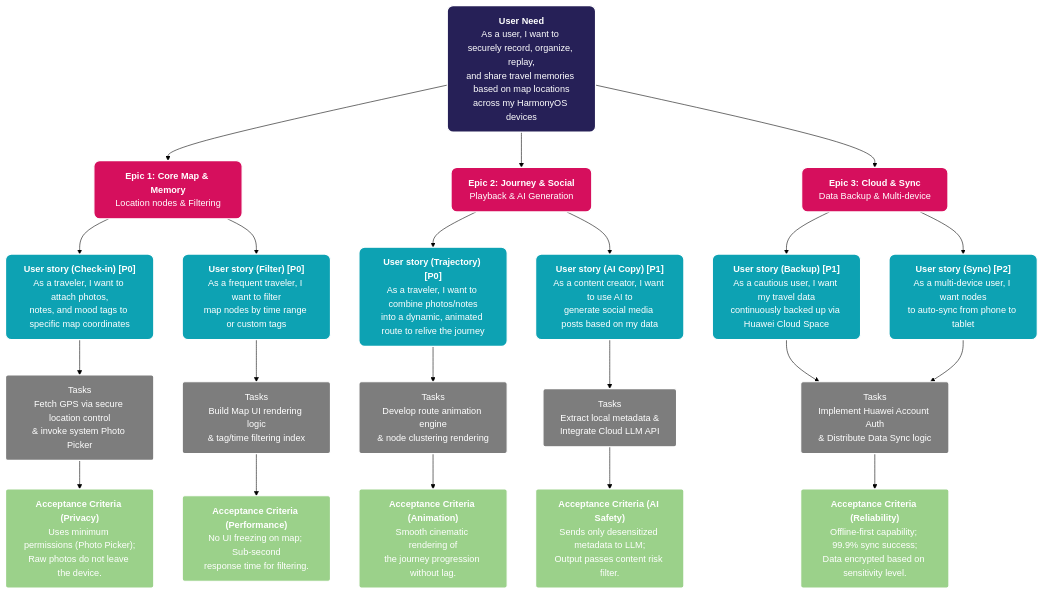
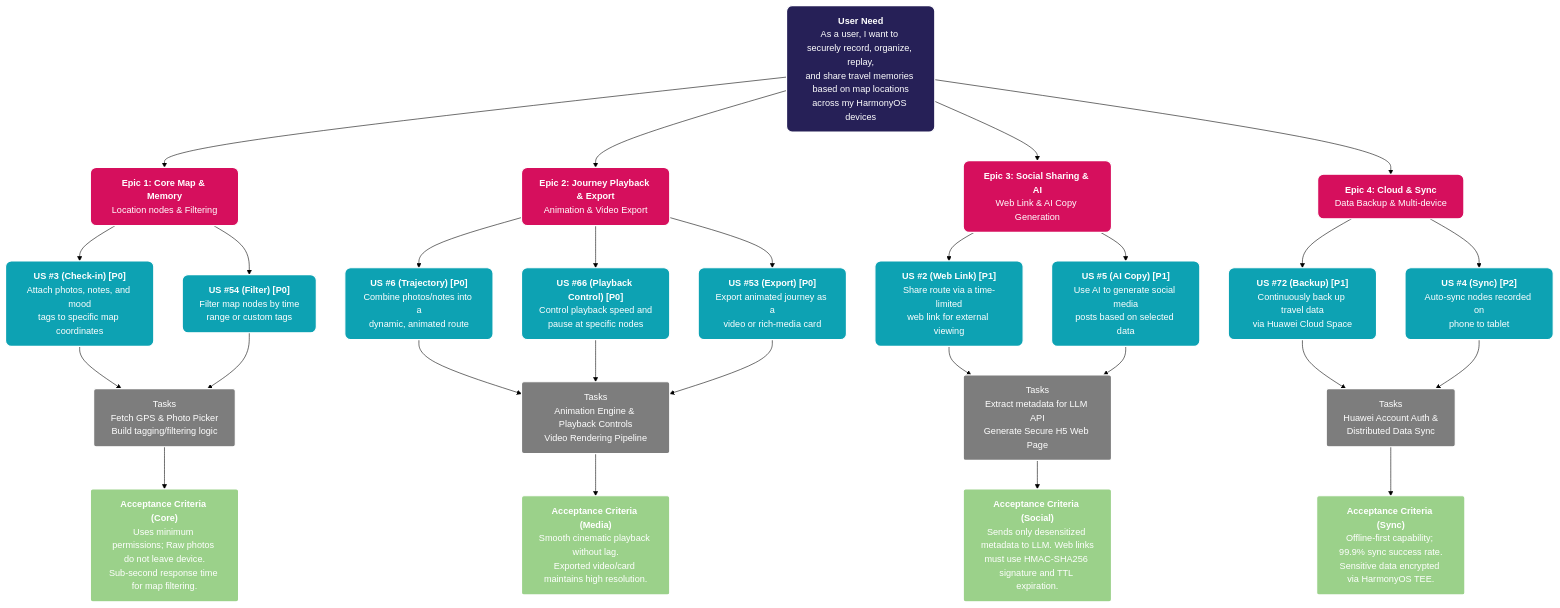
The diagram in structure/user_story_map.md (sustech-cs304/team-project-26spring-26s-7), drawn with Mermaid (forest theme) before and after one commit.

````diff
--- a/structure/user_story_map.md
+++ b/structure/user_story_map.md
@@ -14,59 +14,74 @@
     %% 高层用户需求
     UN["<b>User Need</b><br/>As a user, I want to securely record, organize, replay,<br/>and share travel memories based on map locations<br/>across my HarmonyOS devices"]:::need
 
-    %% 史诗 Epic 划分 (根据新的 Story 分组)
+    %% 史诗 Epic 划分 (重构为 4 个模块)
     E1["<b>Epic 1: Core Map & Memory</b><br/>Location nodes & Filtering"]:::epic
-    E2["<b>Epic 2: Journey & Social</b><br/>Playback & AI Generation"]:::epic
-    E3["<b>Epic 3: Cloud & Sync</b><br/>Data Backup & Multi-device"]:::epic
+    E2["<b>Epic 2: Journey Playback & Export</b><br/>Animation & Video Export"]:::epic
+    E3["<b>Epic 3: Social Sharing & AI</b><br/>Web Link & AI Copy Generation"]:::epic
+    E4["<b>Epic 4: Cloud & Sync</b><br/>Data Backup & Multi-device"]:::epic
 
     UN --> E1
     UN --> E2
     UN --> E3
+    UN --> E4
 
-    %% 用户故事 User Stories (带优先级)
-    US1["<b>User story (Check-in) [P0]</b><br/>As a traveler, I want to attach photos,<br/>notes, and mood tags to specific map coordinates"]:::story
-    US2["<b>User story (Filter) [P0]</b><br/>As a frequent traveler, I want to filter<br/>map nodes by time range or custom tags"]:::story
+    %% ================= Epic 1 =================
+    US1["<b>US #3 (Check-in) [P0]</b><br/>Attach photos, notes, and mood<br/>tags to specific map coordinates"]:::story
+    US2["<b>US #54 (Filter) [P0]</b><br/>Filter map nodes by time<br/>range or custom tags"]:::story
     
-    US3["<b>User story (Trajectory) [P0]</b><br/>As a traveler, I want to combine photos/notes<br/>into a dynamic, animated route to relive the journey"]:::story
-    US4["<b>User story (AI Copy) [P1]</b><br/>As a content creator, I want to use AI to<br/>generate social media posts based on my data"]:::story
-    
-    US5["<b>User story (Backup) [P1]</b><br/>As a cautious user, I want my travel data<br/>continuously backed up via Huawei Cloud Space"]:::story
-    US6["<b>User story (Sync) [P2]</b><br/>As a multi-device user, I want nodes<br/>to auto-sync from phone to tablet"]:::story
-
-    %% 关联 Epic 和 Story
     E1 --> US1
     E1 --> US2
-    
+
+    %% ================= Epic 2 =================
+    US3["<b>US #6 (Trajectory) [P0]</b><br/>Combine photos/notes into a<br/>dynamic, animated route"]:::story
+    US4["<b>US #66 (Playback Control) [P0]</b><br/>Control playback speed and<br/>pause at specific nodes"]:::story
+    US5["<b>US #53 (Export) [P0]</b><br/>Export animated journey as a<br/>video or rich-media card"]:::story
+
     E2 --> US3
     E2 --> US4
-    
-    E3 --> US5
+    E2 --> US5
+
+    %% ================= Epic 3 =================
+    US6["<b>US #2 (Web Link) [P1]</b><br/>Share route via a time-limited<br/>web link for external viewing"]:::story
+    US7["<b>US #5 (AI Copy) [P1]</b><br/>Use AI to generate social media<br/>posts based on selected data"]:::story
+
     E3 --> US6
+    E3 --> US7
 
-    %% 具体开发任务 Tasks (结合 Proposal 的技术需求)
-    T1["Tasks<br/>Fetch GPS via secure location control<br/>& invoke system Photo Picker"]:::task
-    T2["Tasks<br/>Build Map UI rendering logic<br/>& tag/time filtering index"]:::task
-    T3["Tasks<br/>Develop route animation engine<br/>& node clustering rendering"]:::task
-    T4["Tasks<br/>Extract local metadata &<br/>Integrate Cloud LLM API"]:::task
-    T5["Tasks<br/>Implement Huawei Account Auth<br/>& Distribute Data Sync logic"]:::task
+    %% ================= Epic 4 =================
+    US8["<b>US #72 (Backup) [P1]</b><br/>Continuously back up travel data<br/>via Huawei Cloud Space"]:::story
+    US9["<b>US #4 (Sync) [P2]</b><br/>Auto-sync nodes recorded on<br/>phone to tablet"]:::story
+
+    E4 --> US8
+    E4 --> US9
+
+    %% ================= Tasks =================
+    T1["Tasks<br/>Fetch GPS & Photo Picker<br/>Build tagging/filtering logic"]:::task
+    T2["Tasks<br/>Animation Engine & Playback Controls<br/>Video Rendering Pipeline"]:::task
+    T3["Tasks<br/>Extract metadata for LLM API<br/>Generate Secure H5 Web Page"]:::task
+    T4["Tasks<br/>Huawei Account Auth &<br/>Distributed Data Sync"]:::task
 
     US1 --> T1
-    US2 --> T2
-    US3 --> T3
-    US4 --> T4
-    US5 --> T5
-    US6 --> T5
+    US2 --> T1
+    
+    US3 --> T2
+    US4 --> T2
+    US5 --> T2
+    
+    US6 --> T3
+    US7 --> T3
+    
+    US8 --> T4
+    US9 --> T4
 
-    %% 验收标准 Acceptance Criteria (结合 Proposal 的非功能需求)
-    AC1["<b>Acceptance Criteria (Privacy)</b><br/>Uses minimum permissions (Photo Picker);<br/>Raw photos do not leave the device."]:::criteria
-    AC2["<b>Acceptance Criteria (Performance)</b><br/>No UI freezing on map; Sub-second<br/>response time for filtering."]:::criteria
-    AC3["<b>Acceptance Criteria (Animation)</b><br/>Smooth cinematic rendering of<br/>the journey progression without lag."]:::criteria
-    AC4["<b>Acceptance Criteria (AI Safety)</b><br/>Sends only desensitized metadata to LLM;<br/>Output passes content risk filter."]:::criteria
-    AC5["<b>Acceptance Criteria (Reliability)</b><br/>Offline-first capability; 99.9% sync success;<br/>Data encrypted based on sensitivity level."]:::criteria
+    %% ================= Acceptance Criteria =================
+    AC1["<b>Acceptance Criteria (Core)</b><br/>Uses minimum permissions; Raw photos do not leave device.<br/>Sub-second response time for map filtering."]:::criteria
+    AC2["<b>Acceptance Criteria (Media)</b><br/>Smooth cinematic playback without lag.<br/>Exported video/card maintains high resolution."]:::criteria
+    AC3["<b>Acceptance Criteria (Social)</b><br/>Sends only desensitized metadata to LLM. Web links<br/>must use HMAC-SHA256 signature and TTL expiration."]:::criteria
+    AC4["<b>Acceptance Criteria (Sync)</b><br/>Offline-first capability; 99.9% sync success rate.<br/>Sensitive data encrypted via HarmonyOS TEE."]:::criteria
 
     T1 --> AC1
     T2 --> AC2
     T3 --> AC3
     T4 --> AC4
-    T5 --> AC5
 ```
````
